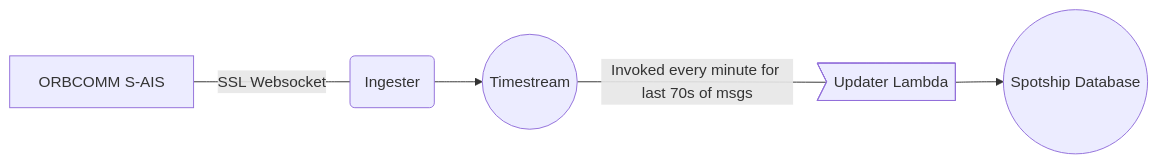
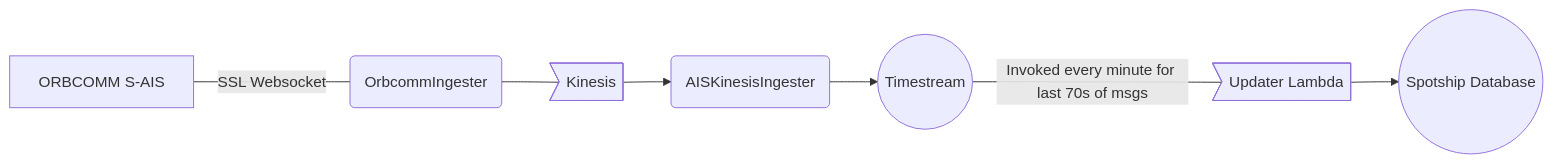
Before and after one commit to Spot-Ship/pyais: the diagram in README.md, drawn with Mermaid. The commit also changed other lines of this file and 2 other files, not shown here.

Commit message:
imporve readme and and add in env file support

````diff
--- a/README.md
+++ b/README.md
@@ -3,13 +3,17 @@
 ```mermaid
 graph LR
 O[ORBCOMM S-AIS]
-I(Ingester)
+I(OrbcommIngester)
+K>Kinesis]
+A(AISKinesisIngester)
 T((Timestream))
 L>Updater Lambda]
 S((Spotship Database))
 
 O --- |SSL Websocket| I
-I --> T
+I --- K
+K --> A
+A --> T
 T --- |Invoked every minute for last 70s of msgs| L
 L --> S
 ```
````
